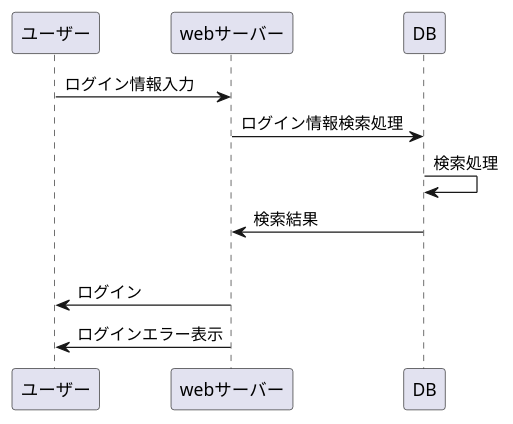
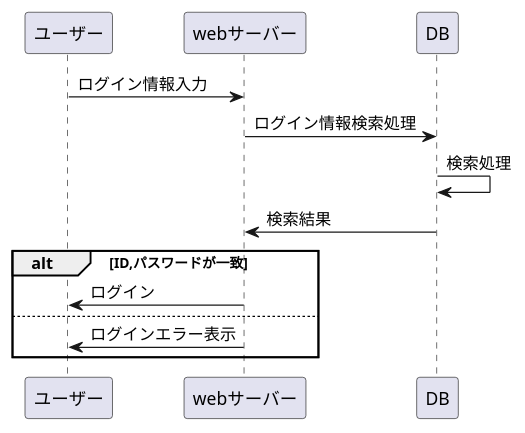
Before and after one commit to Aso2001159/2021sys-design: the diagram in sample-frow.md, drawn with PlantUML.

````diff
--- a/sample-frow.md
+++ b/sample-frow.md
@@ -1,13 +1,14 @@
 ```uml
 @startuml
  ユーザー -> webサーバー : ログイン情報入力
  webサーバー -> DB : ログイン情報検索処理
  DB -> DB : 検索処理
  DB -> webサーバー : 検索結果
  alt ID,パスワードが一致
  webサーバー -> ユーザー : ログイン
  else 
  webサーバー -> ユーザー : ログインエラー表示
+ end
 @enduml
 
 ```
````
